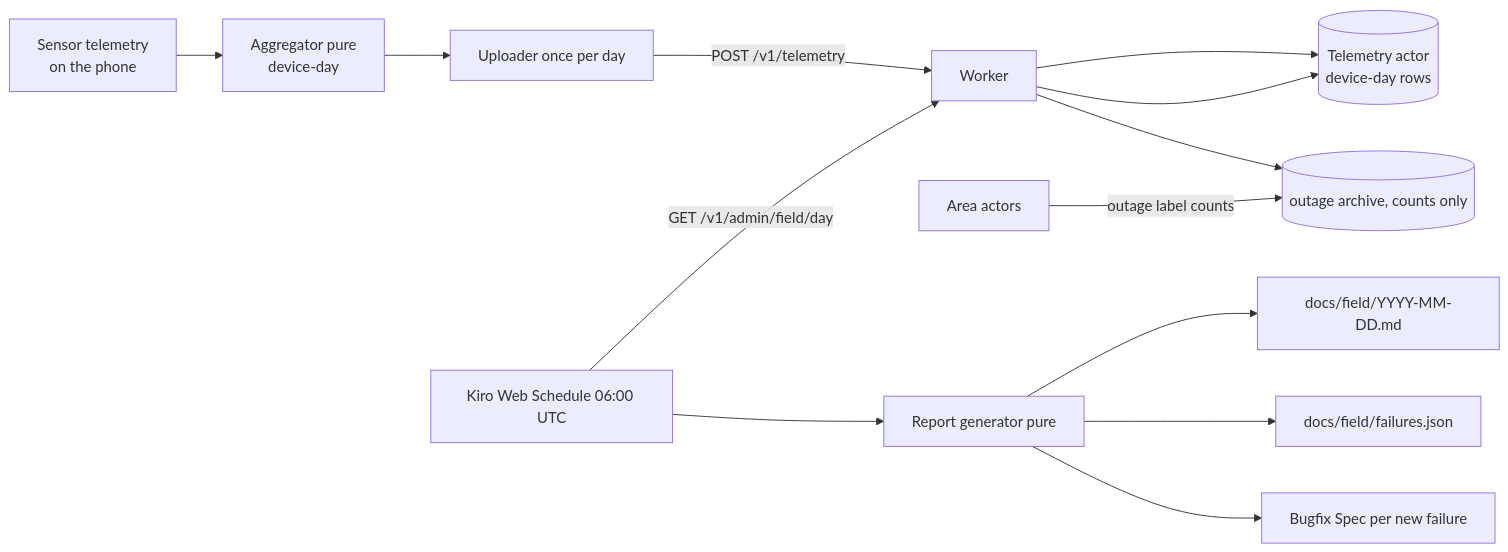
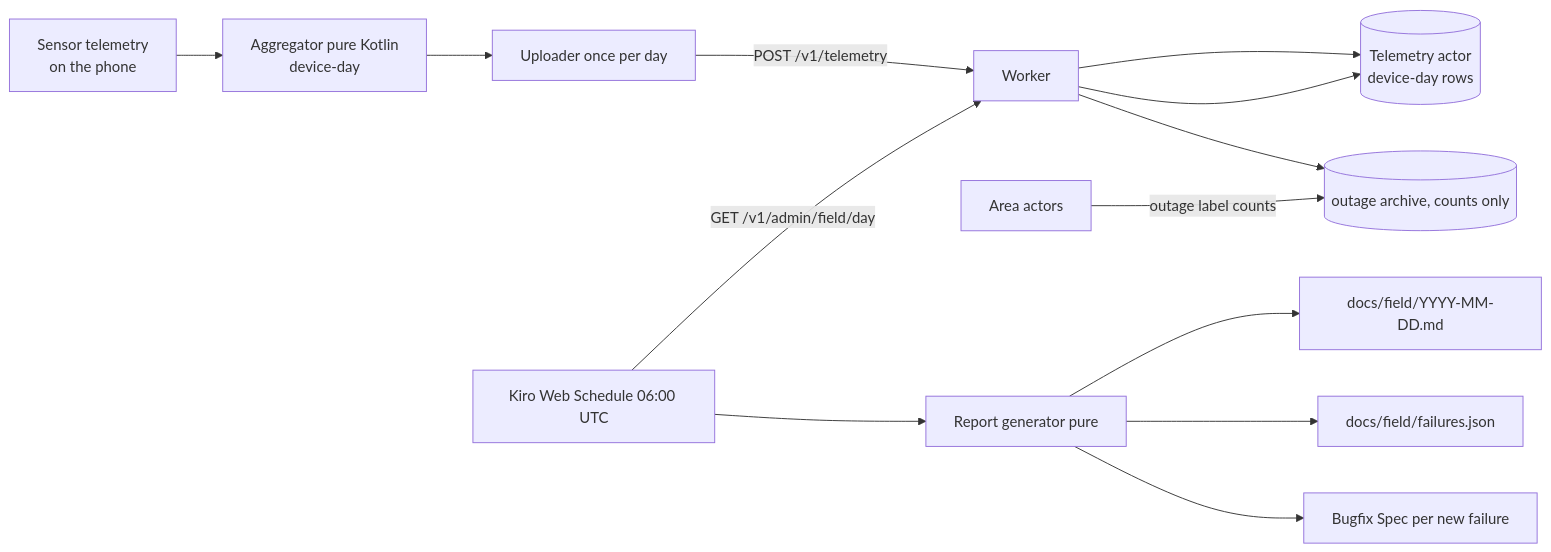
One commit to 3akare/outage changed the first of 3 diagrams in .kiro/specs/field-telemetry/design.md. Above: the diagram before and after it, drawn with Mermaid. The commit also changed other lines of this file and 108 other files, not shown here.

````diff
--- a/.kiro/specs/field-telemetry/design.md
+++ b/.kiro/specs/field-telemetry/design.md
@@ -7,15 +7,15 @@
 ```mermaid
 flowchart LR
-    SE[Sensor telemetry<br/>on the phone] --> AG[Aggregator pure<br/>device-day]
+    SE[Sensor telemetry<br/>on the phone] --> AG[Aggregator pure Kotlin<br/>device-day]
     AG --> UP[Uploader once per day]
     UP -->|POST /v1/telemetry| W[Worker]
     W --> TA[(Telemetry actor<br/>device-day rows)]
     AA[Area actors] -->|outage label counts| TA2[(outage archive, counts only)]
     SCH[Kiro Web Schedule 06:00 UTC] -->|GET /v1/admin/field/day| W
     W --> TA
     W --> TA2
     SCH --> RG[Report generator pure]
     RG --> MD[docs/field/YYYY-MM-DD.md]
     RG --> FJ[docs/field/failures.json]
     RG --> BS[Bugfix Spec per new failure]
 ```
````
